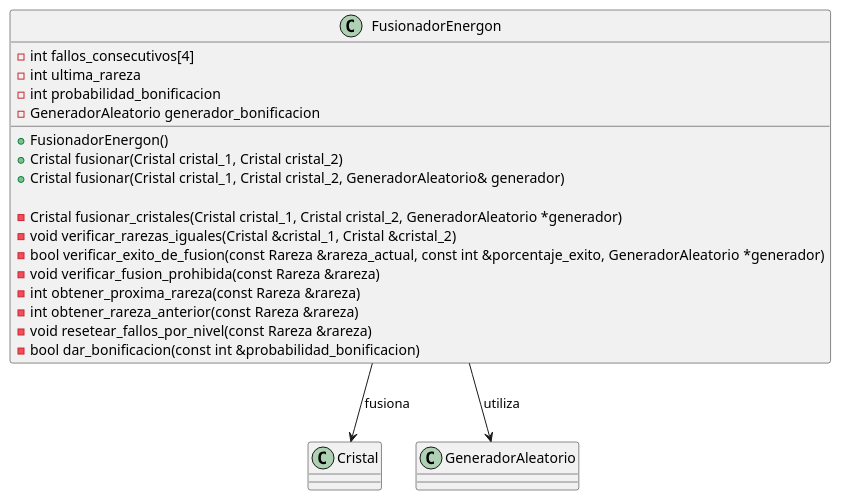
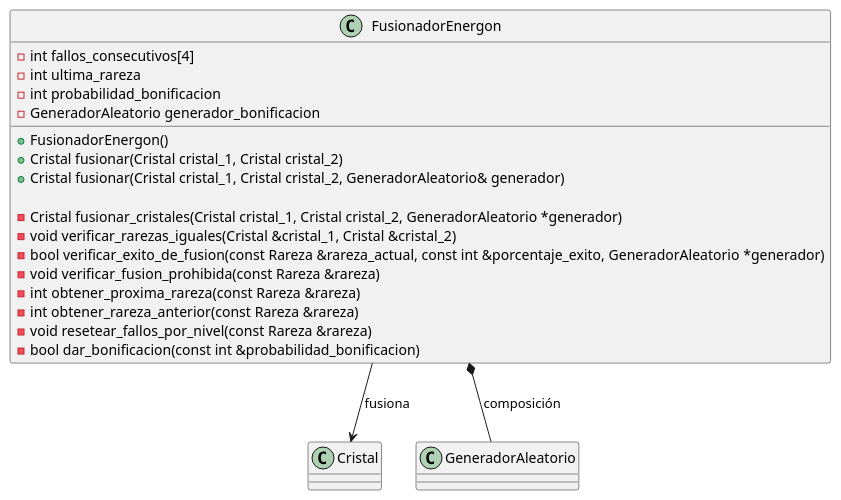
One commit to guillsil/Transformers-Game changed the diagram in Diagramas-UML/FusionadorEnergon.puml. Above: the diagram before and after it, drawn with PlantUML. The commit also changed 8 other files, not shown here.

```diff
--- a/Diagramas-UML/FusionadorEnergon.puml
+++ b/Diagramas-UML/FusionadorEnergon.puml
@@ -1,33 +1,33 @@
 @startuml
 'https://plantuml.com/class-diagram
 
 class Cristal
 class GeneradorAleatorio
 
 
 
 class FusionadorEnergon {
     - int fallos_consecutivos[4]
     - int ultima_rareza
     - int probabilidad_bonificacion
     - GeneradorAleatorio generador_bonificacion
 
     + FusionadorEnergon()
     + Cristal fusionar(Cristal cristal_1, Cristal cristal_2)
     + Cristal fusionar(Cristal cristal_1, Cristal cristal_2, GeneradorAleatorio& generador)
 
     - Cristal fusionar_cristales(Cristal cristal_1, Cristal cristal_2, GeneradorAleatorio *generador)
     - void verificar_rarezas_iguales(Cristal &cristal_1, Cristal &cristal_2)
     - bool verificar_exito_de_fusion(const Rareza &rareza_actual, const int &porcentaje_exito, GeneradorAleatorio *generador)
     - void verificar_fusion_prohibida(const Rareza &rareza)
     - int obtener_proxima_rareza(const Rareza &rareza)
     - int obtener_rareza_anterior(const Rareza &rareza)
     - void resetear_fallos_por_nivel(const Rareza &rareza)
     - bool dar_bonificacion(const int &probabilidad_bonificacion)
 }
 ' Relaciones
 FusionadorEnergon --> Cristal : "fusiona"
-FusionadorEnergon --> GeneradorAleatorio : "utiliza"
+FusionadorEnergon *-- GeneradorAleatorio : "composición"
 
 
 @enduml
```
